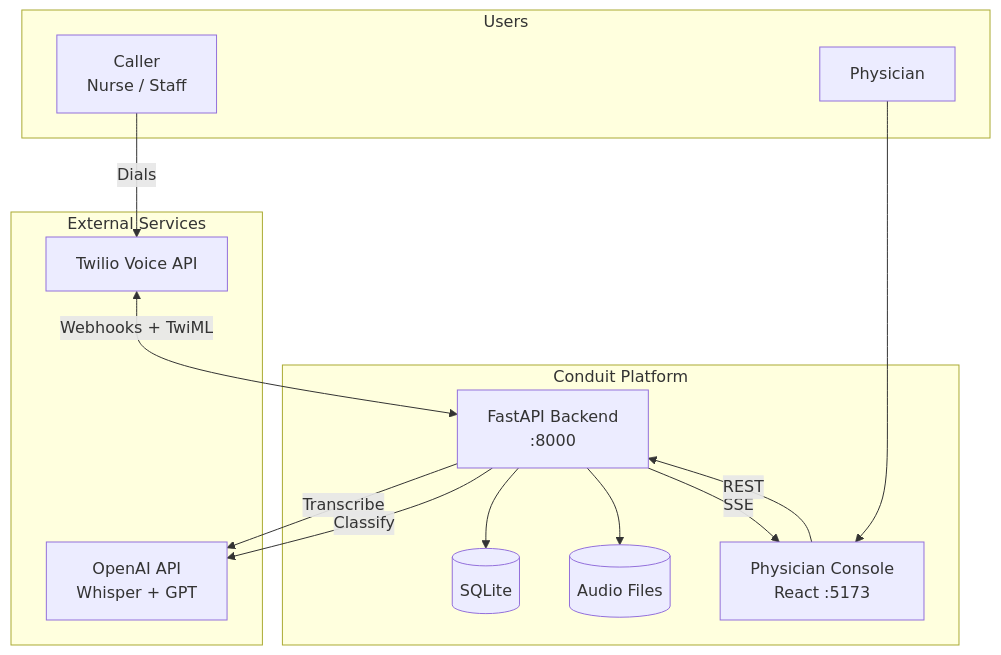
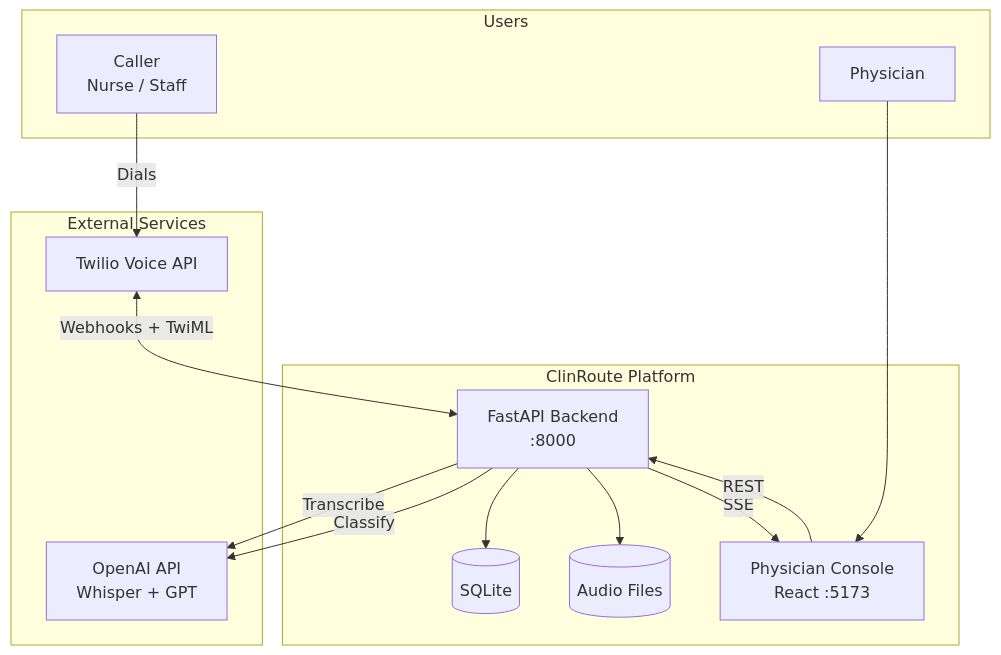
Before and after one commit to kasethi23/ai_triage_system: the third of 19 diagrams in docs/SYSTEM_DESIGN.md, drawn with Mermaid. The commit also changed other lines of this file and 14 other files, not shown here.

First line of the commit message:
Rename product Conduit -> ClinRoute everywhere; add clinical user guide

````diff
--- a/docs/SYSTEM_DESIGN.md
+++ b/docs/SYSTEM_DESIGN.md
@@ -54,29 +54,29 @@
 ```mermaid
 flowchart TB
     subgraph Users
         Caller["Caller<br/>Nurse / Staff"]
         Physician["Physician"]
     end
 
-    subgraph Conduit["Conduit Platform"]
+    subgraph ClinRoute["ClinRoute Platform"]
         Backend["FastAPI Backend<br/>:8000"]
         Frontend["Physician Console<br/>React :5173"]
         DB[(SQLite)]
         Audio[(Audio Files)]
     end
 
     subgraph External["External Services"]
         Twilio["Twilio Voice API"]
         OpenAI["OpenAI API<br/>Whisper + GPT"]
     end
 
     Caller -->|"Dials"| Twilio
     Twilio <-->|"Webhooks + TwiML"| Backend
     Backend -->|"Transcribe"| OpenAI
     Backend -->|"Classify"| OpenAI
     Backend --> DB
     Backend --> Audio
     Backend -->|"SSE"| Frontend
     Physician --> Frontend
     Frontend -->|"REST"| Backend
 ```
````
